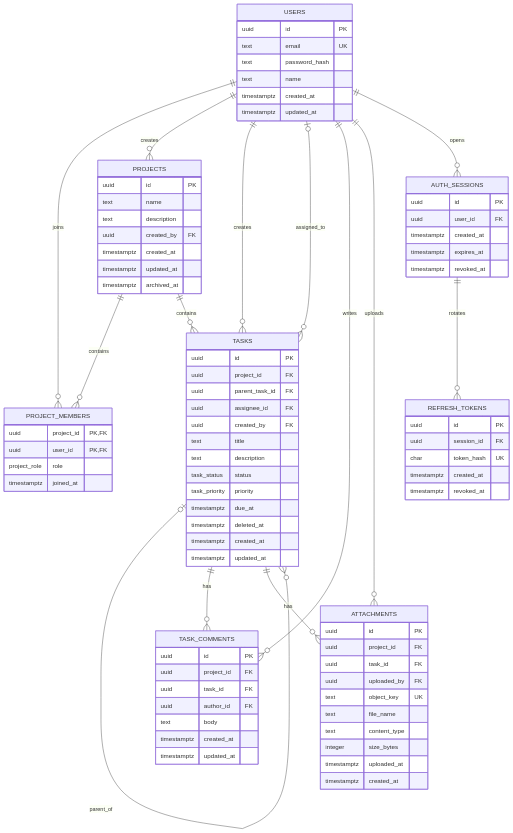
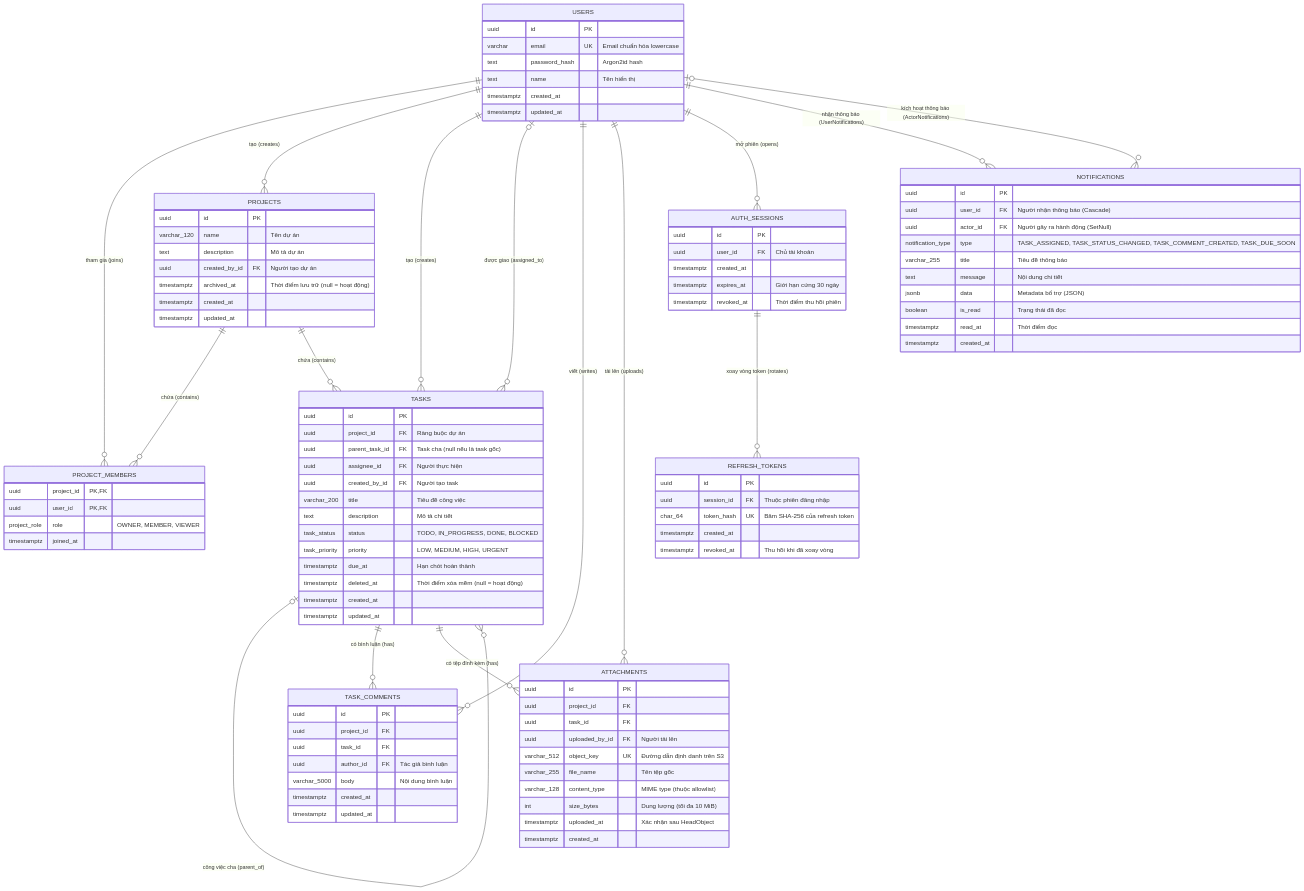
One commit to Vu-Trung-Kien/taskflow changed the diagram in docs/architecture/database.md. Above: the diagram before and after it, drawn with Mermaid. The commit also changed other lines of this file and 18 other files, not shown here.

````diff
--- a/docs/architecture/database.md
+++ b/docs/architecture/database.md
@@ -9,90 +23,112 @@
 ```mermaid
 erDiagram
-    USERS ||--o{ PROJECT_MEMBERS : joins
-    PROJECTS ||--o{ PROJECT_MEMBERS : contains
-    USERS ||--o{ PROJECTS : creates
-    PROJECTS ||--o{ TASKS : contains
-    USERS ||--o{ TASKS : creates
-    USERS o|--o{ TASKS : assigned_to
-    TASKS o|--o{ TASKS : parent_of
-    USERS ||--o{ TASK_COMMENTS : writes
-    TASKS ||--o{ TASK_COMMENTS : has
-    TASKS ||--o{ ATTACHMENTS : has
-    USERS ||--o{ ATTACHMENTS : uploads
-    USERS ||--o{ AUTH_SESSIONS : opens
-    AUTH_SESSIONS ||--o{ REFRESH_TOKENS : rotates
+    USERS ||--o{ PROJECT_MEMBERS : "tham gia (joins)"
+    PROJECTS ||--o{ PROJECT_MEMBERS : "chứa (contains)"
+    USERS ||--o{ PROJECTS : "tạo (creates)"
+    PROJECTS ||--o{ TASKS : "chứa (contains)"
+    USERS ||--o{ TASKS : "tạo (creates)"
+    USERS o|--o{ TASKS : "được giao (assigned_to)"
+    TASKS o|--o{ TASKS : "công việc cha (parent_of)"
+    USERS ||--o{ TASK_COMMENTS : "viết (writes)"
+    TASKS ||--o{ TASK_COMMENTS : "có bình luận (has)"
+    TASKS ||--o{ ATTACHMENTS : "có tệp đính kèm (has)"
+    USERS ||--o{ ATTACHMENTS : "tải lên (uploads)"
+    USERS ||--o{ AUTH_SESSIONS : "mở phiên (opens)"
+    AUTH_SESSIONS ||--o{ REFRESH_TOKENS : "xoay vòng token (rotates)"
+    USERS ||--o{ NOTIFICATIONS : "nhận thông báo (UserNotifications)"
+    USERS o|--o{ NOTIFICATIONS : "kích hoạt thông báo (ActorNotifications)"
 
     USERS {
         uuid id PK
-        text email UK
-        text password_hash
-        text name
+        varchar email UK "Email chuẩn hóa lowercase"
+        text password_hash "Argon2id hash"
+        text name "Tên hiển thị"
         timestamptz created_at
         timestamptz updated_at
     }
+
     PROJECTS {
         uuid id PK
-        text name
-        text description
-        uuid created_by FK
+        varchar_120 name "Tên dự án"
+        text description "Mô tả dự án"
+        uuid created_by_id FK "Người tạo dự án"
+        timestamptz archived_at "Thời điểm lưu trữ (null = hoạt động)"
         timestamptz created_at
         timestamptz updated_at
-        timestamptz archived_at
     }
+
     PROJECT_MEMBERS {
         uuid project_id PK,FK
         uuid user_id PK,FK
-        project_role role
+        project_role role "OWNER, MEMBER, VIEWER"
         timestamptz joined_at
     }
+
     TASKS {
         uuid id PK
-        uuid project_id FK
-        uuid parent_task_id FK
-        uuid assignee_id FK
-        uuid created_by FK
-        text title
-        text description
-        task_status status
-        task_priority priority
-        timestamptz due_at
-        timestamptz deleted_at
+        uuid project_id FK "Ràng buộc dự án"
+        uuid parent_task_id FK "Task cha (null nếu là task gốc)"
+        uuid assignee_id FK "Người thực hiện"
+        uuid created_by_id FK "Người tạo task"
+        varchar_200 title "Tiêu đề công việc"
+        text description "Mô tả chi tiết"
+        task_status status "TODO, IN_PROGRESS, DONE, BLOCKED"
+        task_priority priority "LOW, MEDIUM, HIGH, URGENT"
+        timestamptz due_at "Hạn chót hoàn thành"
+        timestamptz deleted_at "Thời điểm xóa mềm (null = hoạt động)"
         timestamptz created_at
         timestamptz updated_at
     }
+
     TASK_COMMENTS {
         uuid id PK
         uuid project_id FK
         uuid task_id FK
-        uuid author_id FK
-        text body
+        uuid author_id FK "Tác giả bình luận"
+        varchar_5000 body "Nội dung bình luận"
         timestamptz created_at
         timestamptz updated_at
     }
+
     ATTACHMENTS {
         uuid id PK
         uuid project_id FK
         uuid task_id FK
-        uuid uploaded_by FK
-        text object_key UK
-        text file_name
-        text content_type
-        integer size_bytes
-        timestamptz uploaded_at
+        uuid uploaded_by_id FK "Người tải lên"
+        varchar_512 object_key UK "Đường dẫn định danh trên S3"
+        varchar_255 file_name "Tên tệp gốc"
+        varchar_128 content_type "MIME type (thuộc allowlist)"
+        int size_bytes "Dung lượng (tối đa 10 MiB)"
+        timestamptz uploaded_at "Xác nhận sau HeadObject"
         timestamptz created_at
     }
+
     AUTH_SESSIONS {
         uuid id PK
-        uuid user_id FK
+        uuid user_id FK "Chủ tài khoản"
         timestamptz created_at
-        timestamptz expires_at
-        timestamptz revoked_at
+        timestamptz expires_at "Giới hạn cứng 30 ngày"
+        timestamptz revoked_at "Thời điểm thu hồi phiên"
     }
+
     REFRESH_TOKENS {
         uuid id PK
-        uuid session_id FK
-        char token_hash UK
+        uuid session_id FK "Thuộc phiên đăng nhập"
+        char_64 token_hash UK "Băm SHA-256 của refresh token"
         timestamptz created_at
-        timestamptz revoked_at
+        timestamptz revoked_at "Thu hồi khi đã xoay vòng"
+    }
+
+    NOTIFICATIONS {
+        uuid id PK
+        uuid user_id FK "Người nhận thông báo (Cascade)"
+        uuid actor_id FK "Người gây ra hành động (SetNull)"
+        notification_type type "TASK_ASSIGNED, TASK_STATUS_CHANGED, TASK_COMMENT_CREATED, TASK_DUE_SOON"
+        varchar_255 title "Tiêu đề thông báo"
+        text message "Nội dung chi tiết"
+        jsonb data "Metadata bổ trợ (JSON)"
+        boolean is_read "Trạng thái đã đọc"
+        timestamptz read_at "Thời điểm đọc"
+        timestamptz created_at
     }
 ```
````
